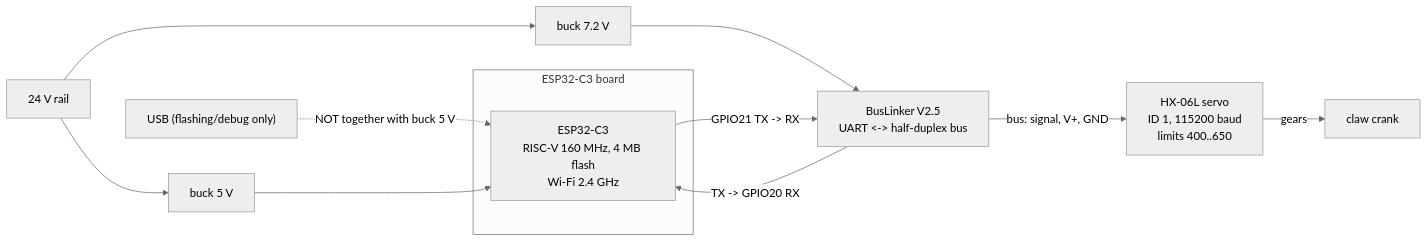
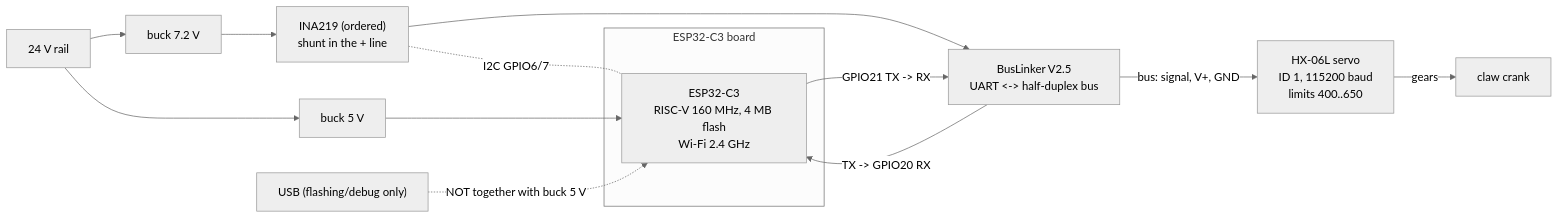
Before and after one commit to whoobee/qb_arm_install: the first of 5 diagrams in docs/pages/10-qb_arm_gripper.md, drawn with Mermaid (neutral theme). The commit also changed other lines of this file and 13 other files, not shown here.

````diff
--- a/docs/pages/10-qb_arm_gripper.md
+++ b/docs/pages/10-qb_arm_gripper.md
@@ -9,13 +9,14 @@
 ```mermaid
 flowchart LR
     subgraph esp["ESP32-C3 board"]
         C3["ESP32-C3<br/>RISC-V 160 MHz, 4 MB flash<br/>Wi-Fi 2.4 GHz"]
     end
     C3 -- "GPIO21 TX -> RX" --> BL["BusLinker V2.5<br/>UART <-> half-duplex bus"]
     BL -- "TX -> GPIO20 RX" --> C3
     BL -- "bus: signal, V+, GND" --> SV["HX-06L servo<br/>ID 1, 115200 baud<br/>limits 400..650"]
     SV -- "gears" --> CRK["claw crank"]
-    PSU24["24 V rail"] --> B72["buck 7.2 V"] --> BL
+    PSU24["24 V rail"] --> B72["buck 7.2 V"] --> INA["INA219 (ordered)<br/>shunt in the + line"] --> BL
+    INA -. "I2C GPIO6/7" .- C3
     PSU24 --> B5["buck 5 V"] --> C3
     USB["USB (flashing/debug only)"] -. "NOT together with buck 5 V" .-> C3
 ```
````
